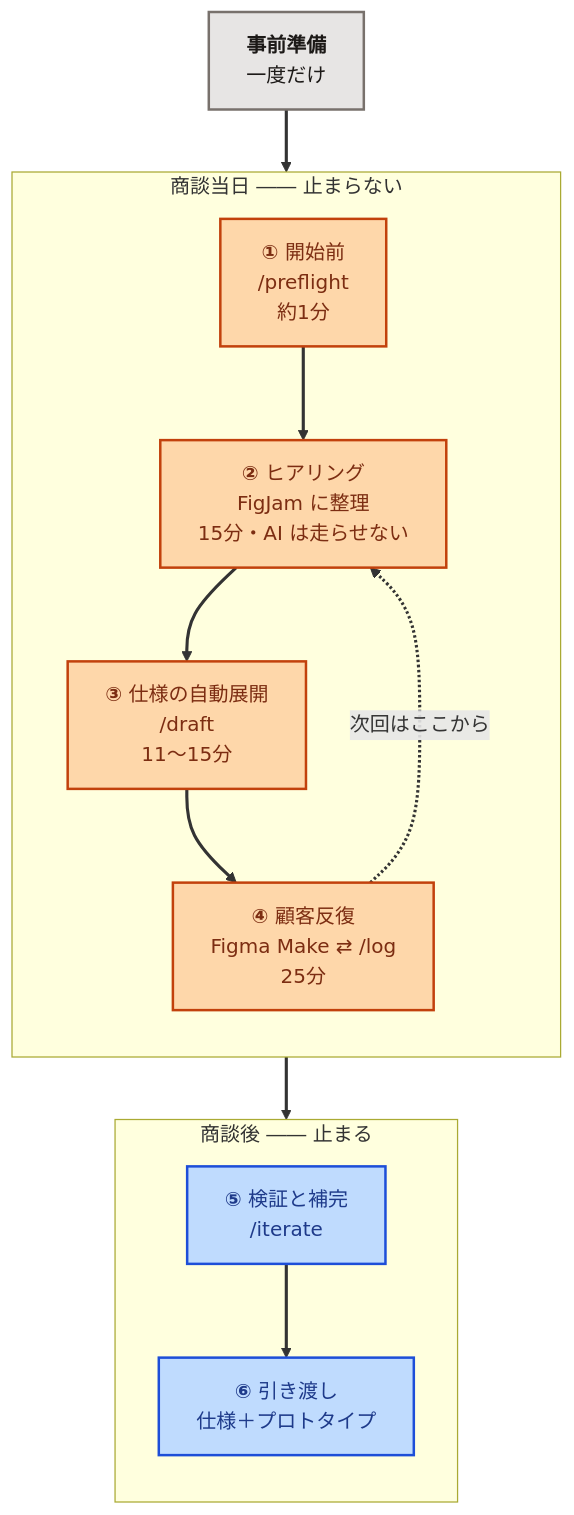
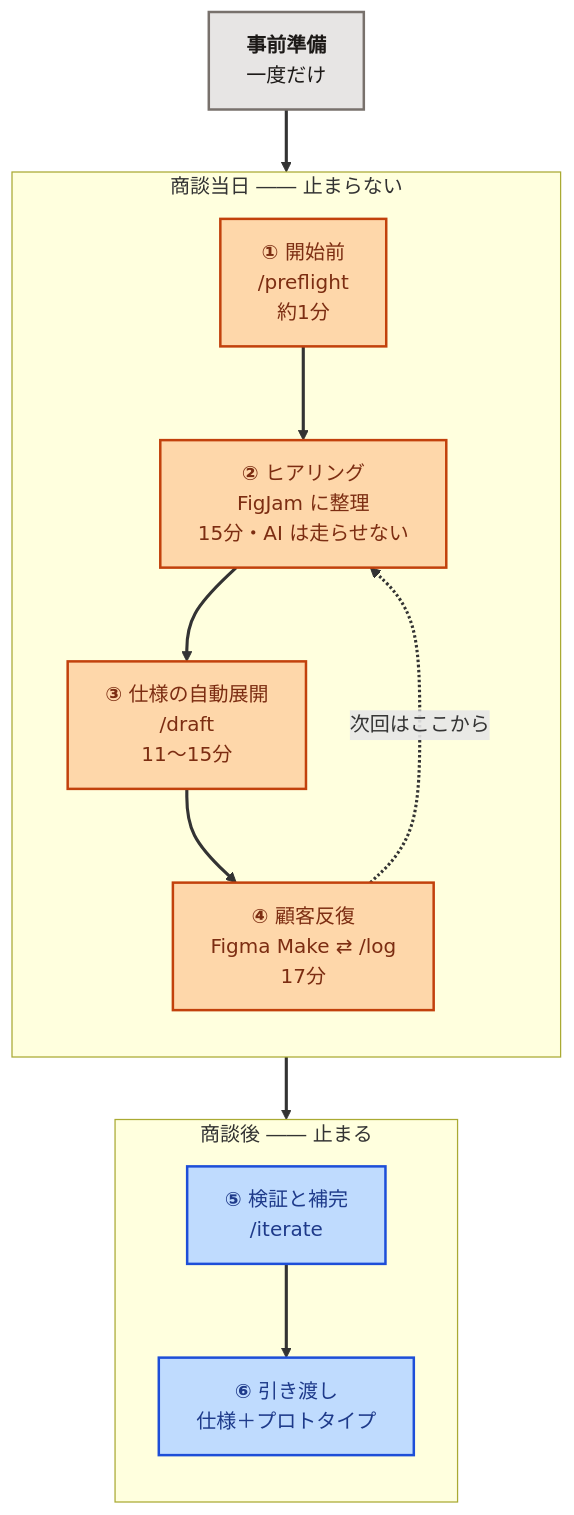
One commit to daichi-kubokawa/prototyping-agents changed the first of 5 diagrams in WORKFLOW.md. Above: the diagram before and after it, drawn with Mermaid. The commit also changed other lines of this file and 2 other files, not shown here.

````diff
--- a/WORKFLOW.md
+++ b/WORKFLOW.md
@@ -52,29 +52,29 @@
 ```mermaid
 flowchart TD
     P["<b>事前準備</b><br/>一度だけ"]
 
     subgraph M["商談当日 ―― 止まらない"]
         direction TB
         A["<b>①</b> 開始前<br/>/preflight<br/>約1分"]
         B["<b>②</b> ヒアリング<br/>FigJam に整理<br/>15分・AI は走らせない"]
         C["<b>③</b> 仕様の自動展開<br/>/draft<br/>11〜15分"]
-        D["<b>④</b> 顧客反復<br/>Figma Make ⇄ /log<br/>25分"]
+        D["<b>④</b> 顧客反復<br/>Figma Make ⇄ /log<br/>17分"]
     end
 
     subgraph AF["商談後 ―― 止まる"]
         direction TB
         E["<b>⑤</b> 検証と補完<br/>/iterate"]
         F["<b>⑥</b> 引き渡し<br/>仕様＋プロトタイプ"]
     end
 
     P --> A --> B --> C --> D --> E --> F
     D -. 次回はここから .-> B
 
     classDef prep fill:#E7E5E4,stroke:#78716C,stroke-width:2px,color:#1C1917
     classDef live fill:#FED7AA,stroke:#C2410C,stroke-width:2px,color:#7C2D12
     classDef desk fill:#BFDBFE,stroke:#1D4ED8,stroke-width:2px,color:#1E3A8A
     class P prep
     class A,B,C,D live
     class E,F desk
     linkStyle default stroke-width:2.5px
 ```
````
